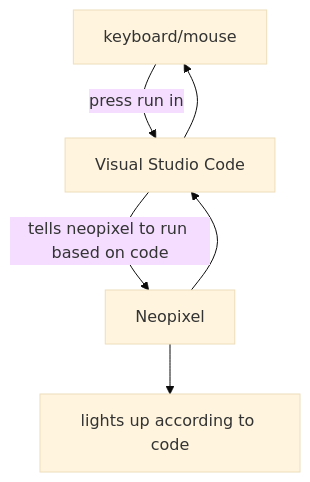
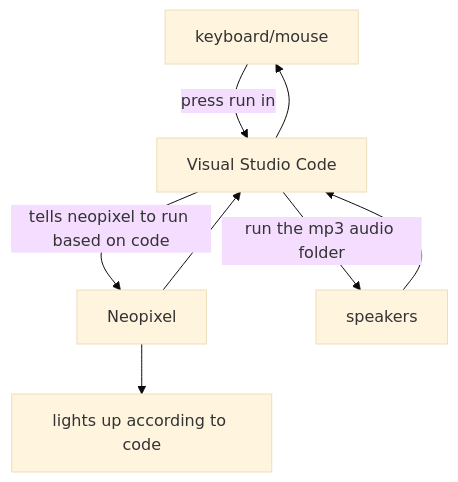
Before and after one commit to Raniellelee/egl314: the second of 2 diagrams in README.md, drawn with Mermaid (base theme).

````diff
--- a/README.md
+++ b/README.md
@@ -46,8 +46,10 @@
 ```mermaid
 graph TD;
 A[keyboard/mouse]--press run in-->B[Visual Studio Code]
 B-->A
 B--tells neopixel to run based on code-->C[Neopixel]
 C-->B
+B--run the mp3 audio folder-->E[speakers]
+E-->B
 C-->D[lights up according to code]
 ```
````
